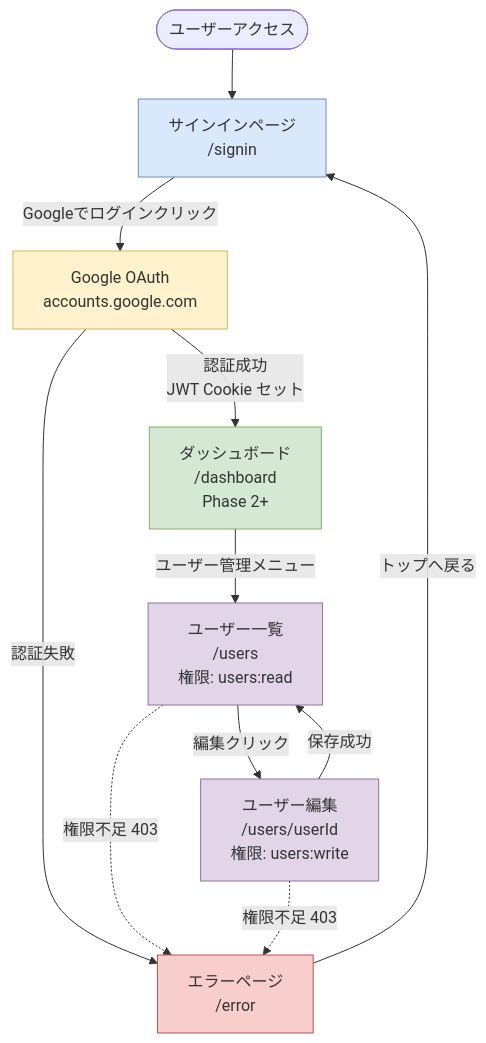
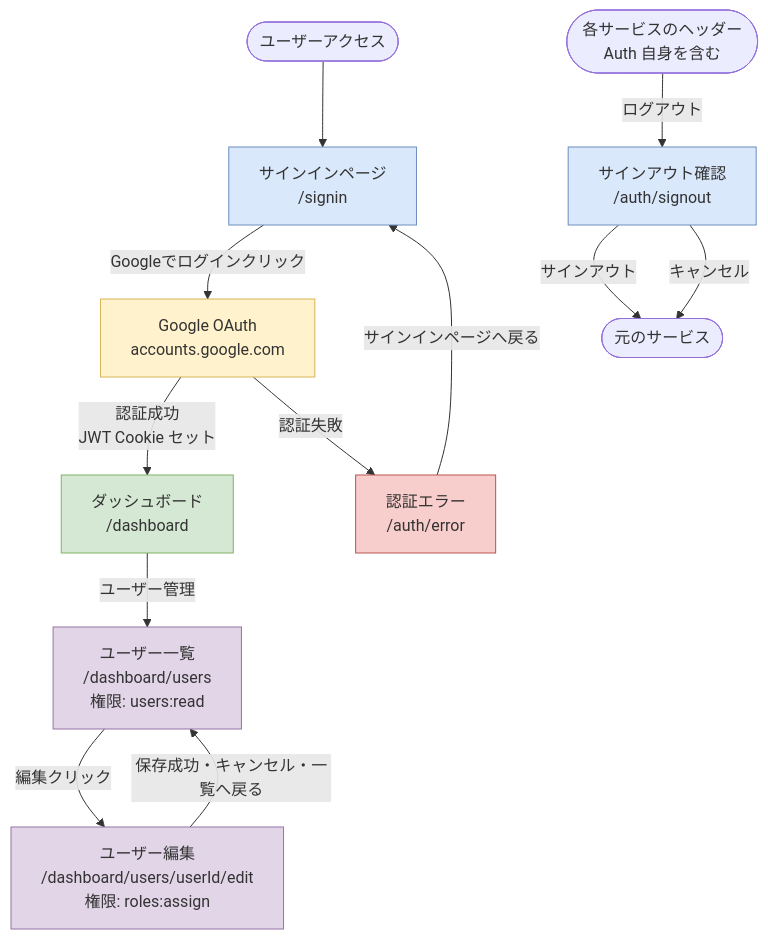
One commit to nagiyu/nagiyu-platform changed the diagram in docs/services/auth/requirements.md. Above: the diagram before and after it, drawn with Mermaid. The commit also changed other lines of this file, not shown here.

First line of the commit message:
auth の要件にサインアウト確認画面を加え、ユーザー管理とエラー画面を今の形に合わせる

````diff
--- a/docs/services/auth/requirements.md
+++ b/docs/services/auth/requirements.md
@@ -223,23 +229,26 @@
 ```mermaid
 flowchart TD
     Start([ユーザーアクセス]) --> SignIn[サインインページ<br/>/signin]
     SignIn -->|Googleでログインクリック| Google[Google OAuth<br/>accounts.google.com]
 
-    Google -->|認証成功<br/>JWT Cookie セット| Dashboard[ダッシュボード<br/>/dashboard<br/>Phase 2+]
-    Google -->|認証失敗| Error[エラーページ<br/>/error]
+    Google -->|認証成功<br/>JWT Cookie セット| Dashboard[ダッシュボード<br/>/dashboard]
+    Google -->|認証失敗| Error[認証エラー<br/>/auth/error]
 
-    Dashboard -->|ユーザー管理メニュー| Users[ユーザー一覧<br/>/users<br/>権限: users:read]
-    Users -->|編集クリック| UserEdit[ユーザー編集<br/>/users/userId<br/>権限: users:write]
-    UserEdit -->|保存成功| Users
+    Dashboard -->|ユーザー管理| Users[ユーザー一覧<br/>/dashboard/users<br/>権限: users:read]
+    Users -->|編集クリック| UserEdit[ユーザー編集<br/>/dashboard/users/userId/edit<br/>権限: roles:assign]
+    UserEdit -->|保存成功・キャンセル・一覧へ戻る| Users
 
-    Users -.->|権限不足 403| Error
-    UserEdit -.->|権限不足 403| Error
-    Error -->|トップへ戻る| SignIn
+    Error -->|サインインページへ戻る| SignIn
+
+    Services([各サービスのヘッダー<br/>Auth 自身を含む]) -->|ログアウト| SignOut[サインアウト確認<br/>/auth/signout]
+    SignOut -->|サインアウト| Back([元のサービス])
+    SignOut -->|キャンセル| Back
 
     style SignIn fill:#dae8fc,stroke:#6c8ebf
     style Google fill:#fff2cc,stroke:#d6b656
     style Dashboard fill:#d5e8d4,stroke:#82b366
     style Users fill:#e1d5e7,stroke:#9673a6
     style UserEdit fill:#e1d5e7,stroke:#9673a6
+    style SignOut fill:#dae8fc,stroke:#6c8ebf
     style Error fill:#f8cecc,stroke:#b85450
 ```
````
